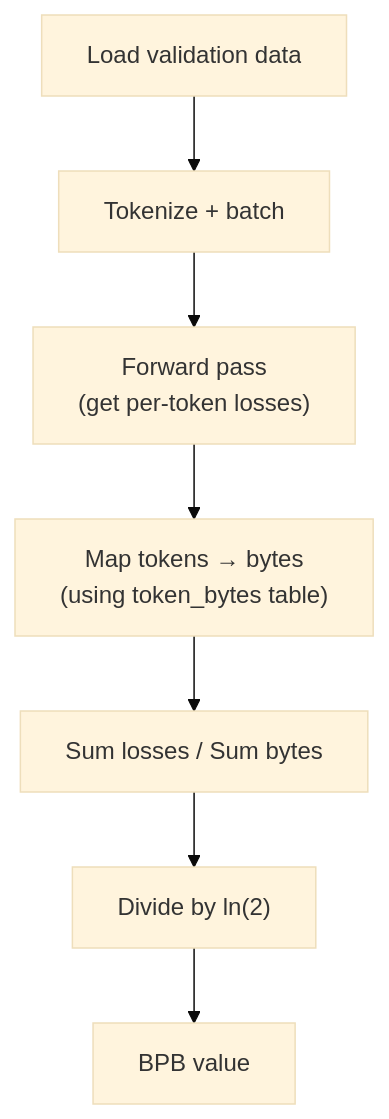
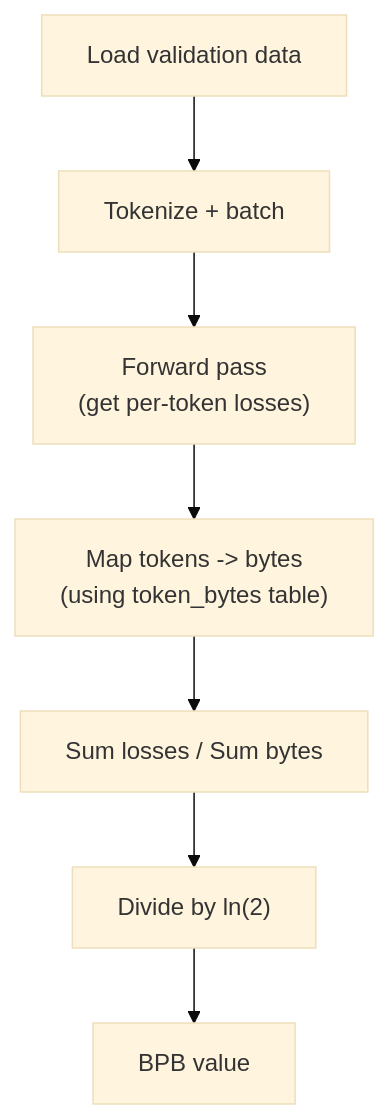
The second of 4 diagrams in learn/08_evaluation.md (meever/nanochat), drawn with Mermaid (base theme) before and after one commit. The commit also changed 11 other files, not shown here.

````diff
--- a/learn/08_evaluation.md
+++ b/learn/08_evaluation.md
@@ -73,9 +73,9 @@
 ```mermaid
 flowchart TD
   A["Load validation data"] --> B["Tokenize + batch"]
   B --> C["Forward pass\n(get per-token losses)"]
-  C --> D["Map tokens → bytes\n(using token_bytes table)"]
+  C --> D["Map tokens -> bytes\n(using token_bytes table)"]
   D --> E["Sum losses / Sum bytes"]
   E --> F["Divide by ln(2)"]
   F --> G["BPB value"]
 ```
````
